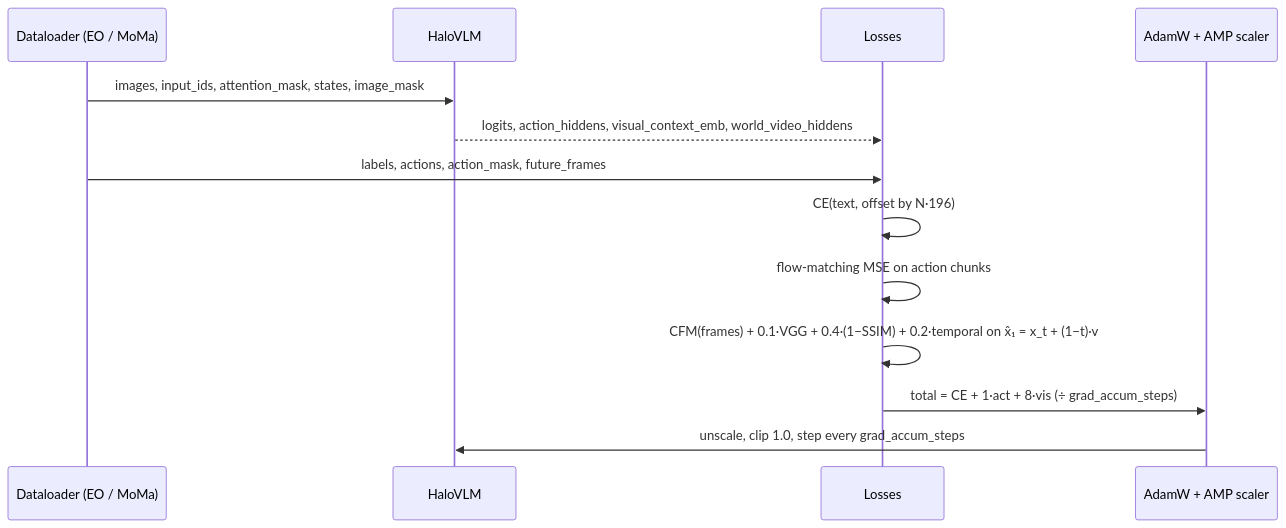
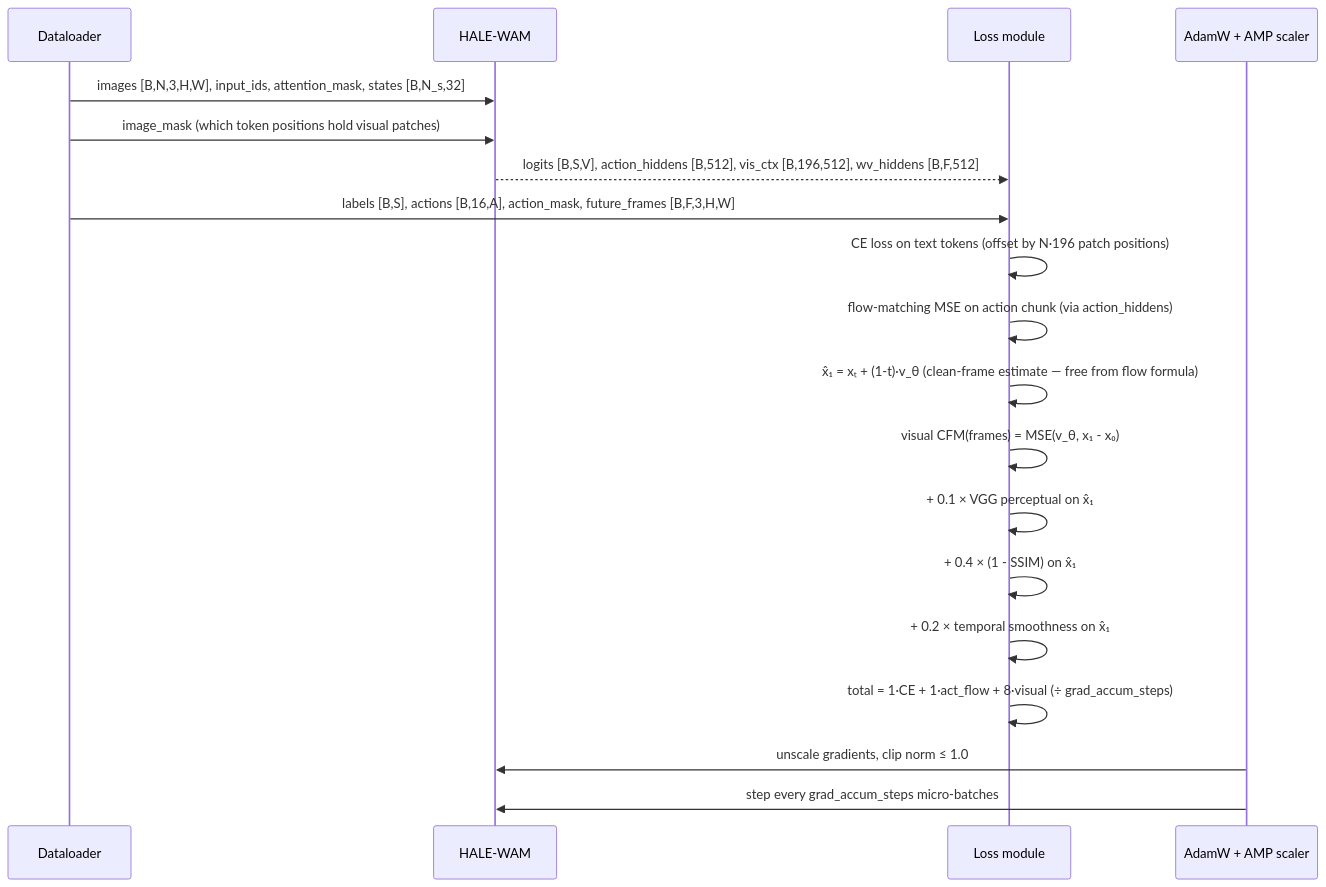
The seventh of 8 diagrams in docs/architecture.md (basaanithanaveenkumar/HALE-WAM), drawn with Mermaid before and after one commit. The commit also changed other lines of this file and 1 other file, not shown here.

First line of the commit message:
docs: add laymen Mermaid overview to README and expand architecture.md

````diff
--- a/docs/architecture.md
+++ b/docs/architecture.md
@@ -74,15 +195,24 @@
 ```mermaid
 sequenceDiagram
-  participant D as Dataloader (EO / MoMa)
-  participant M as HaloVLM
-  participant L as Losses
+  participant D as Dataloader
+  participant M as HALE-WAM
+  participant L as Loss module
   participant O as AdamW + AMP scaler
-  D->>M: images, input_ids, attention_mask, states, image_mask
-  M-->>L: logits, action_hiddens, visual_context_emb, world_video_hiddens
-  D->>L: labels, actions, action_mask, future_frames
-  L->>L: CE(text, offset by N·196)
-  L->>L: flow-matching MSE on action chunks
-  L->>L: CFM(frames) + 0.1·VGG + 0.4·(1−SSIM) + 0.2·temporal on x̂₁ = x_t + (1−t)·v
-  L->>O: total = CE + 1·act + 8·vis   (÷ grad_accum_steps)
-  O->>M: unscale, clip 1.0, step every grad_accum_steps
+
+  D->>M: images [B,N,3,H,W], input_ids, attention_mask, states [B,N_s,32]
+  D->>M: image_mask (which token positions hold visual patches)
+  M-->>L: logits [B,S,V], action_hiddens [B,512], vis_ctx [B,196,512], wv_hiddens [B,F,512]
+  D->>L: labels [B,S], actions [B,16,A], action_mask, future_frames [B,F,3,H,W]
+
+  L->>L: CE loss on text tokens (offset by N·196 patch positions)
+  L->>L: flow-matching MSE on action chunk (via action_hiddens)
+  L->>L: x̂₁ = xₜ + (1-t)·v_θ  (clean-frame estimate — free from flow formula)
+  L->>L: visual CFM(frames) = MSE(v_θ, x₁ - x₀)
+  L->>L: + 0.1 × VGG perceptual on x̂₁
+  L->>L: + 0.4 × (1 - SSIM) on x̂₁
+  L->>L: + 0.2 × temporal smoothness on x̂₁
+  L->>L: total = 1·CE + 1·act_flow + 8·visual  (÷ grad_accum_steps)
+
+  O->>M: unscale gradients, clip norm ≤ 1.0
+  O->>M: step every grad_accum_steps micro-batches
 ```
````
